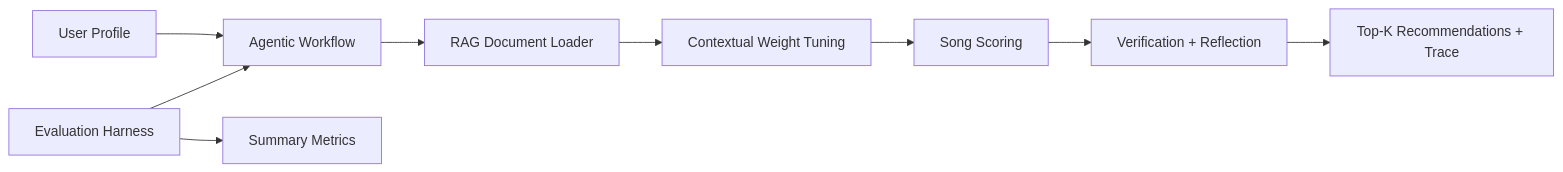
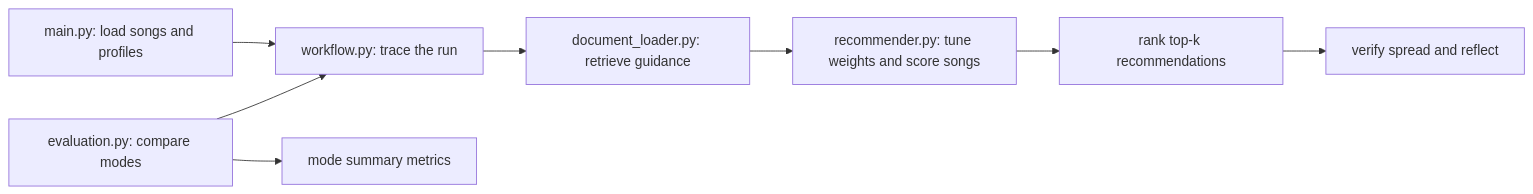
One commit to xiajieou/applied-ai-system-project changed the first of 2 diagrams in README.md. Above: the diagram before and after it, drawn with Mermaid. The commit also changed other lines of this file and 1 other file, not shown here.

Commit message:
Update system design workflow docs

````diff
--- a/README.md
+++ b/README.md
@@ -20,11 +31,10 @@
 ```mermaid
 flowchart LR
-  A[User Profile] --> B[Agentic Workflow]
-  B --> C[RAG Document Loader]
-  C --> D[Contextual Weight Tuning]
-  D --> E[Song Scoring]
-  E --> F[Verification + Reflection]
-  F --> G[Top-K Recommendations + Trace]
-  H[Evaluation Harness] --> B
-  H --> I[Summary Metrics]
+  A[main.py: load songs and profiles] --> B[workflow.py: trace the run]
+  B --> C[document_loader.py: retrieve guidance]
+  C --> D[recommender.py: tune weights and score songs]
+  D --> E[rank top-k recommendations]
+  E --> F[verify spread and reflect]
+  G[evaluation.py: compare modes] --> B
+  G --> H[mode summary metrics]
 ```
````
